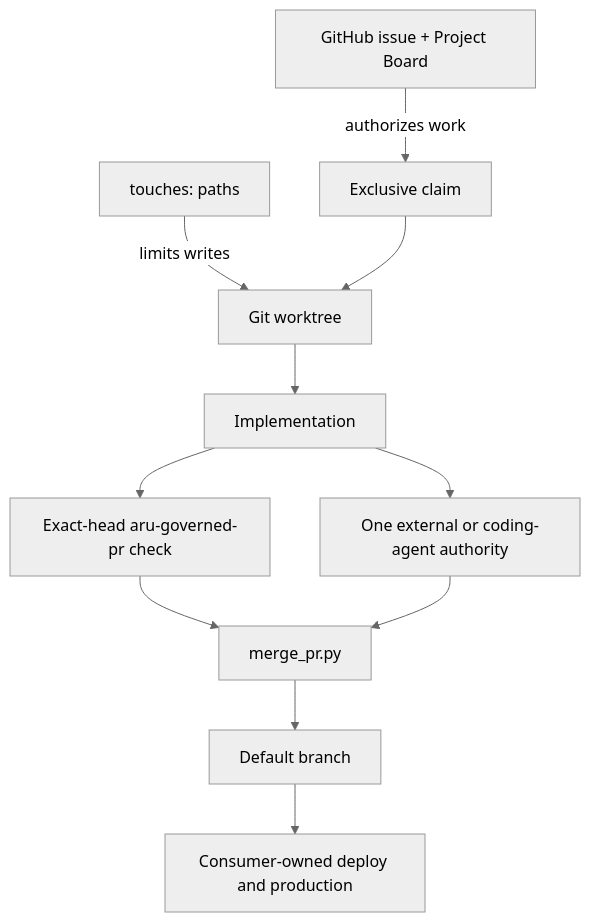
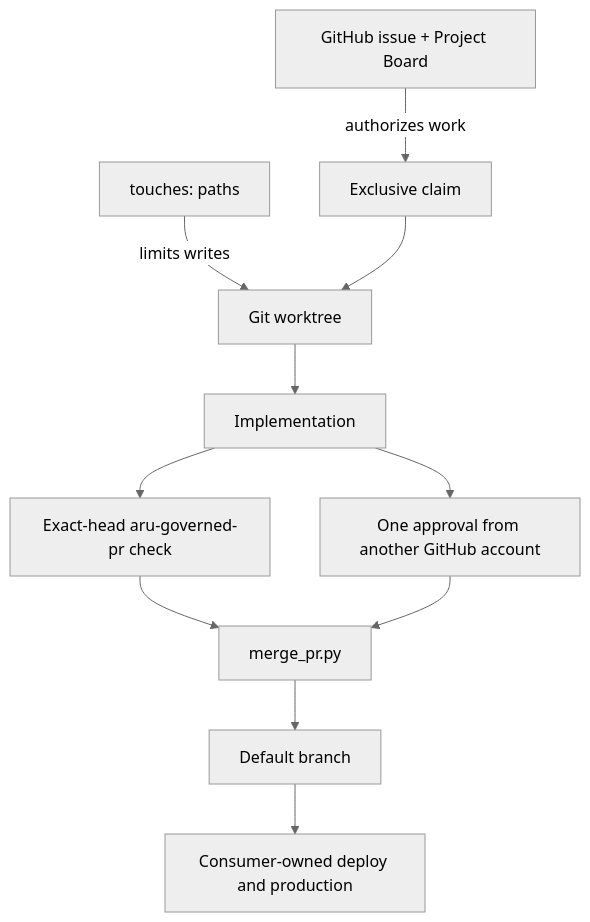
Before and after one commit to gillella/Aru_Agentic_SDLC: the third of 5 diagrams in docs/OPERATIONS.md, drawn with Mermaid (neutral theme). The commit also changed other lines of this file and 89 other files, not shown here.

First line of the commit message:
feat(review): require one approval from another account

````diff
--- a/docs/OPERATIONS.md
+++ b/docs/OPERATIONS.md
@@ -101,13 +99,13 @@
 ```mermaid
 flowchart TB
     ISSUE[GitHub issue + Project Board] -->|authorizes work| CLAIM[Exclusive claim]
     TOUCHES[touches: paths] -->|limits writes| WORKTREE[Git worktree]
     CLAIM --> WORKTREE
     WORKTREE --> CHANGE[Implementation]
     CHANGE --> VERIFY[Exact-head aru-governed-pr check]
-    CHANGE --> REVIEW[One external or coding-agent authority]
+    CHANGE --> REVIEW[One approval from another GitHub account]
     VERIFY --> GATE[merge_pr.py]
     REVIEW --> GATE
     GATE --> MAIN[Default branch]
     MAIN --> CONSUMER[Consumer-owned deploy and production]
 ```
````
